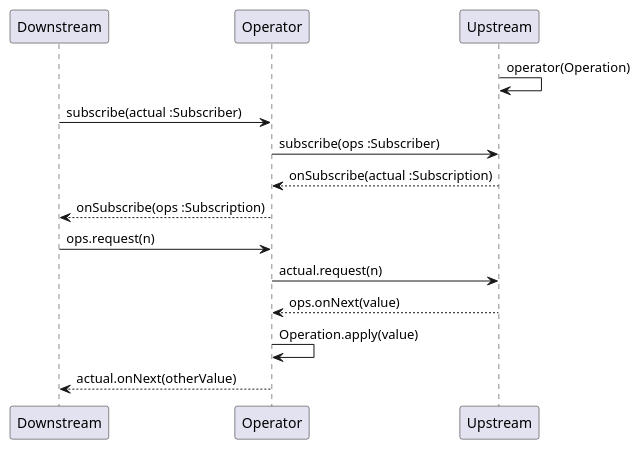
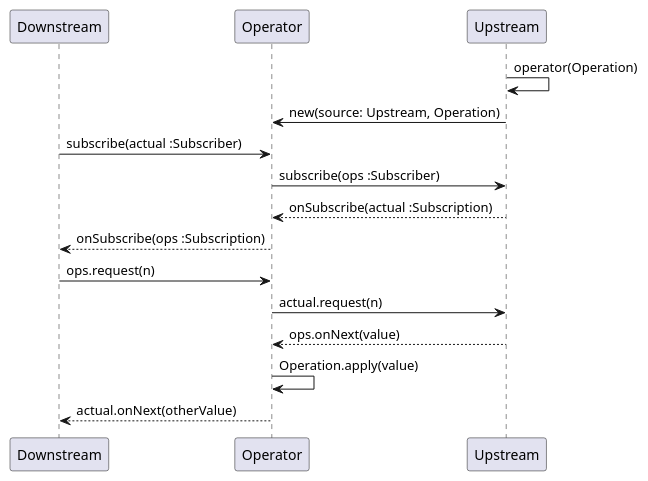
The second of 2 diagrams in _diary/2024-06-18.md (yanghoon/obsidian-workspace), drawn with PlantUML before and after one commit.

Commit message:
vault backup: 2024-06-19 00:58:42

````diff
--- a/_diary/2024-06-18.md
+++ b/_diary/2024-06-18.md
@@ -41,22 +41,23 @@
 ```plantuml
 @startuml
 
 participant Downstream as Down
 participant Operator as Ops
 participant Upstream as Up
 
 Up -> Up: operator(Operation)
+Up -> Ops: new(source: Upstream, Operation)
 
 Down -> Ops: subscribe(actual :Subscriber)
 Ops -> Up: subscribe(ops :Subscriber)
 Ops <-- Up: onSubscribe(actual :Subscription)
 Down <-- Ops: onSubscribe(ops :Subscription)
 
 Down -> Ops: ops.request(n)
 Ops -> Up: actual.request(n)
 Ops <-- Up: ops.onNext(value)
 Ops -> Ops: Operation.apply(value)
 Down <-- Ops: actual.onNext(otherValue)
 
 @enduml
 ```
````
